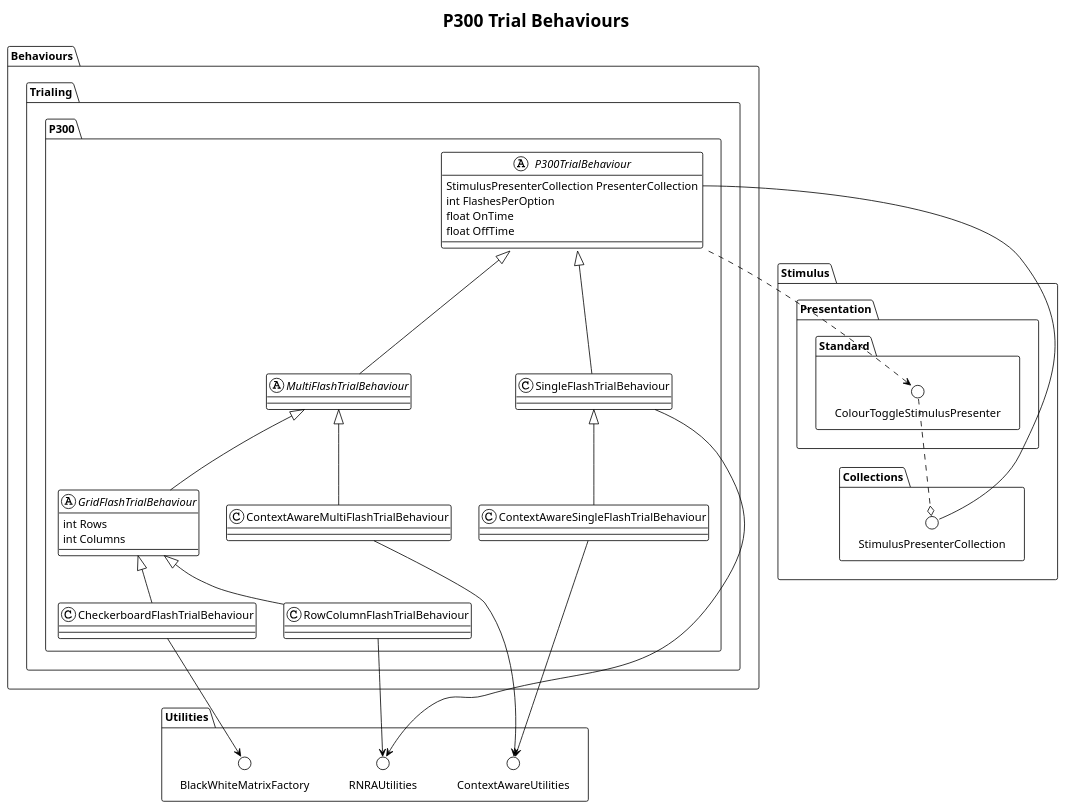
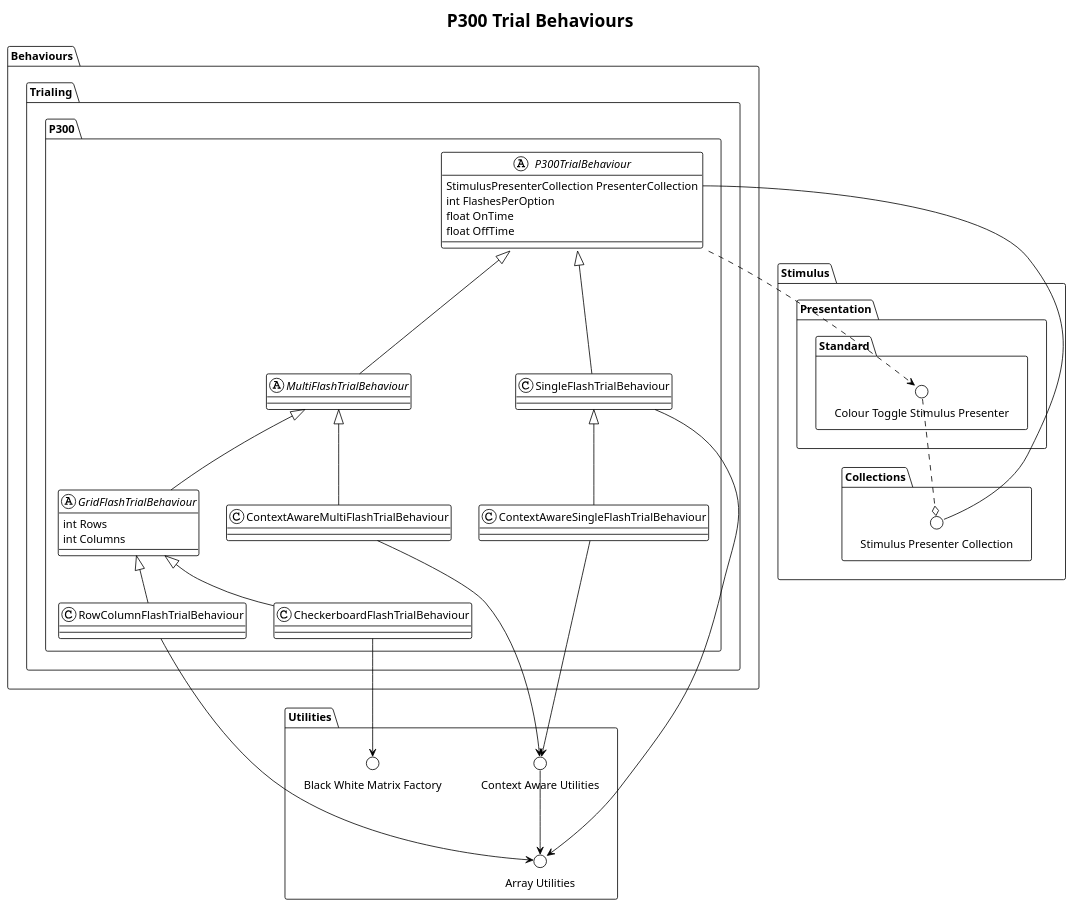
One commit to BCI-Games/bessy-docs changed the diagram in content/bessy-unity/behaviours/trialing/p300-behaviours.plantuml. Above: the diagram before and after it, drawn with PlantUML. The commit also changed 1 other file, not shown here.

Commit message:
Updated p300 trial behaviour diagram

```diff
--- a/content/bessy-unity/behaviours/trialing/p300-behaviours.plantuml
+++ b/content/bessy-unity/behaviours/trialing/p300-behaviours.plantuml
@@ -1,52 +1,54 @@
 @startuml p300-behaviours
 !theme plain
 title P300 Trial Behaviours
 
 namespace Stimulus {
     namespace Presentation.Standard {
-        circle ColourToggleStimulusPresenter
+        circle "Colour Toggle Stimulus Presenter" as presenter
     }
 
     namespace Collections {
-        circle StimulusPresenterCollection
+        circle "Stimulus Presenter Collection" as collection
     }
 
-    StimulusPresenterCollection o.u. ColourToggleStimulusPresenter
+    collection o.u. presenter
 }
 
 namespace Utilities {
-    circle BlackWhiteMatrixFactory
-    circle ContextAwareUtilities    
-    circle RNRAUtilities
+    circle "Black White Matrix Factory" as bw_matrix
+    circle "Context Aware Utilities" as context
+    circle "Array Utilities" as arrays
+
+    context --> arrays
 }
 
 namespace Behaviours.Trialing.P300 {
     abstract P300TrialBehaviour {
         StimulusPresenterCollection PresenterCollection
         int FlashesPerOption
         float OnTime
         float OffTime
     }
-    P300TrialBehaviour::PresenterCollection -- .Stimulus.Collections.StimulusPresenterCollection
-    P300TrialBehaviour ..> .Stimulus.Presentation.Standard.ColourToggleStimulusPresenter
+    P300TrialBehaviour::PresenterCollection -- .Stimulus.Collections.collection
+    P300TrialBehaviour ..> .Stimulus.Presentation.Standard.presenter
 
     class SingleFlashTrialBehaviour extends P300TrialBehaviour
-    SingleFlashTrialBehaviour --> .Utilities.RNRAUtilities
+    SingleFlashTrialBehaviour --> .Utilities.arrays
     class ContextAwareSingleFlashTrialBehaviour extends SingleFlashTrialBehaviour
-    ContextAwareSingleFlashTrialBehaviour --> .Utilities.ContextAwareUtilities
+    ContextAwareSingleFlashTrialBehaviour --> .Utilities.context
 
     abstract MultiFlashTrialBehaviour extends P300TrialBehaviour
     class ContextAwareMultiFlashTrialBehaviour extends MultiFlashTrialBehaviour
-    ContextAwareMultiFlashTrialBehaviour --> .Utilities.ContextAwareUtilities
+    ContextAwareMultiFlashTrialBehaviour --> .Utilities.context
 
     abstract GridFlashTrialBehaviour extends MultiFlashTrialBehaviour {
         int Rows
         int Columns
     }
     class RowColumnFlashTrialBehaviour extends GridFlashTrialBehaviour
-    RowColumnFlashTrialBehaviour --> .Utilities.RNRAUtilities
+    RowColumnFlashTrialBehaviour --> .Utilities.arrays
     class CheckerboardFlashTrialBehaviour extends GridFlashTrialBehaviour
-    CheckerboardFlashTrialBehaviour --> .Utilities.BlackWhiteMatrixFactory
+    CheckerboardFlashTrialBehaviour --> .Utilities.bw_matrix
 }
 
 @enduml
```
